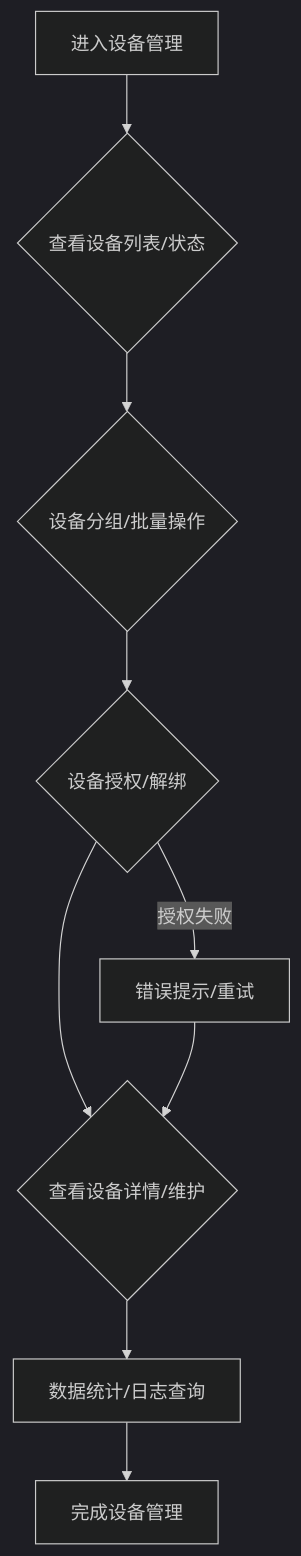
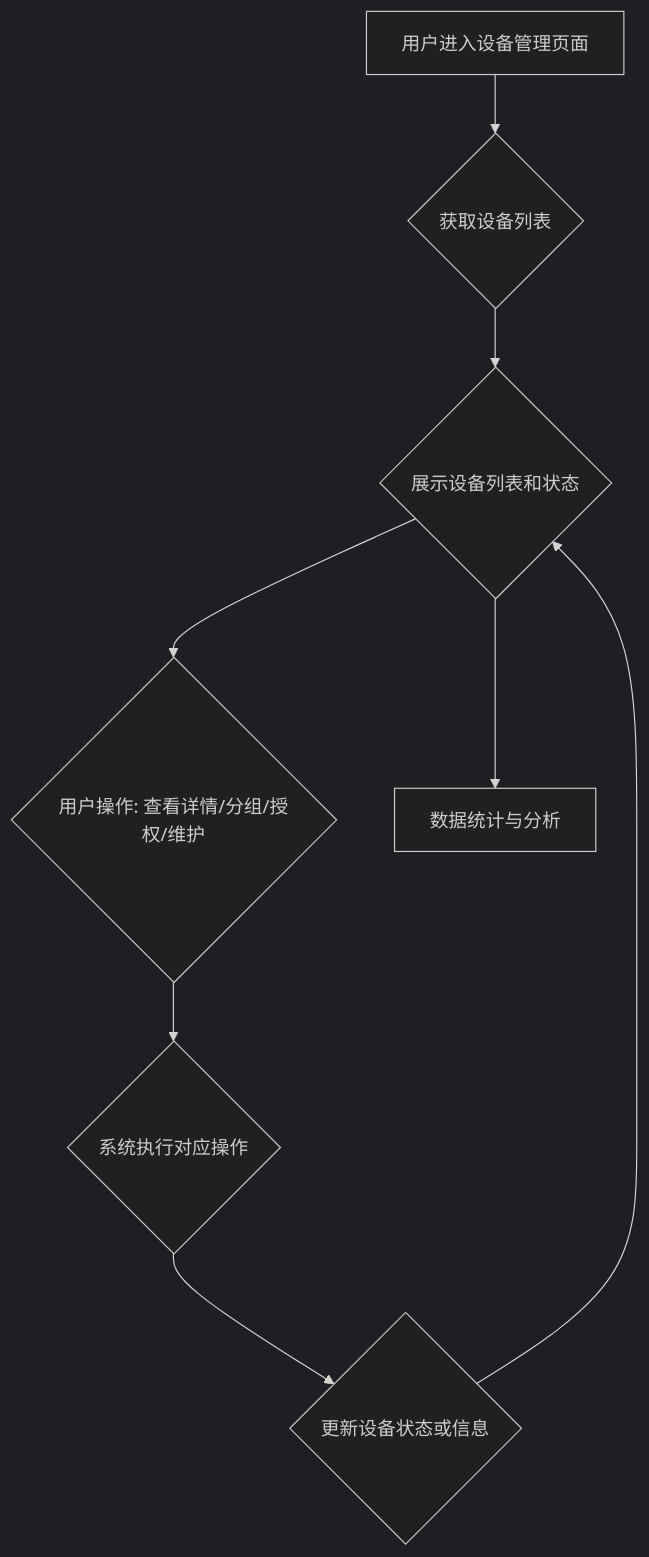
Before and after one commit to fnvtk/cunkebao_doc: the diagram in 4、前端/前端-我的-设备管理功能.md, drawn with Mermaid (dark theme). The commit also changed other lines of this file and 38 other files, not shown here.

Commit message:
feat: Add flowcharts and UI references to all frontend documentation

````diff
--- a/4、前端/前端-我的-设备管理功能.md
+++ b/4、前端/前端-我的-设备管理功能.md
@@ -8,11 +10,10 @@
 ```mermaid
 graph TD
-    A[进入设备管理] --> B{查看设备列表/状态};
-    B --> C{设备分组/批量操作};
-    C --> D{设备授权/解绑};
-    D --> E{查看设备详情/维护};
-    E --> F[数据统计/日志查询];
-    F --> G[完成设备管理];
-    D -- 授权失败 --> H[错误提示/重试];
-    H --> E;
+    A[用户进入设备管理页面] --> B{获取设备列表};
+    B --> C{展示设备列表和状态};
+    C --> D{用户操作: 查看详情/分组/授权/维护};
+    D --> E{系统执行对应操作};
+    E --> F{更新设备状态或信息};
+    F --> C;
+    C --> G[数据统计与分析];
 ```
````
